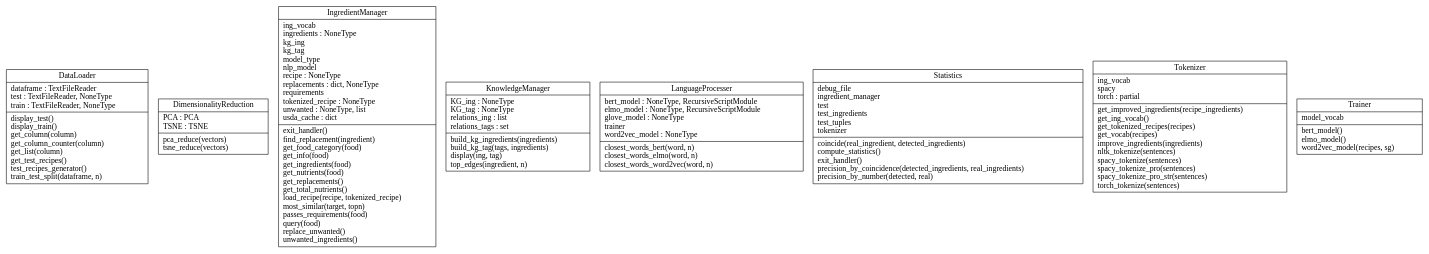
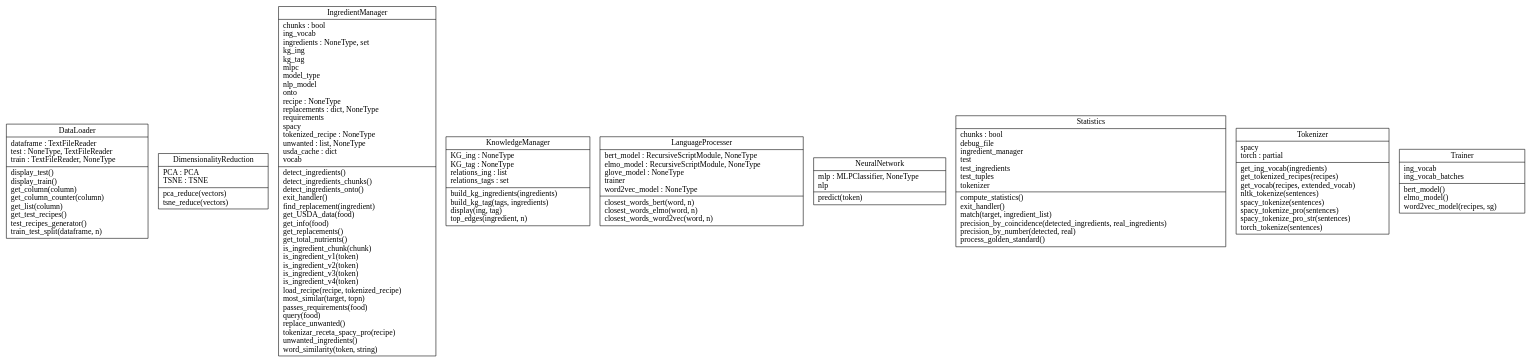
The diagram in classes.dot (AlbertoSierraLopez/TFGDietDecomposition), drawn with Graphviz before and after one commit. The commit also changed 1 other file, not shown here.

Commit message:
Nuevo diagrama de clases

```diff
--- a/classes.dot
+++ b/classes.dot
@@ -1,12 +1,13 @@
 digraph "classes" {
 rankdir=BT
 charset="utf-8"
-"src.data_loader.DataLoader" [color="black", fontcolor="black", label="{DataLoader|dataframe : TextFileReader\ltest : TextFileReader, NoneType\ltrain : TextFileReader, NoneType\l|display_test()\ldisplay_train()\lget_column(column)\lget_column_counter(column)\lget_list(column)\lget_test_recipes()\ltest_recipes_generator()\ltrain_test_split(dataframe, n)\l}", shape="record", style="solid"];
+"src.data_loader.DataLoader" [color="black", fontcolor="black", label="{DataLoader|dataframe : TextFileReader\ltest : NoneType, TextFileReader\ltrain : TextFileReader, NoneType\l|display_test()\ldisplay_train()\lget_column(column)\lget_column_counter(column)\lget_list(column)\lget_test_recipes()\ltest_recipes_generator()\ltrain_test_split(dataframe, n)\l}", shape="record", style="solid"];
 "src.dimensionality_reduction.DimensionalityReduction" [color="black", fontcolor="black", label="{DimensionalityReduction|PCA : PCA\lTSNE : TSNE\l|pca_reduce(vectors)\ltsne_reduce(vectors)\l}", shape="record", style="solid"];
-"src.ingredient_manager.IngredientManager" [color="black", fontcolor="black", label="{IngredientManager|ing_vocab\lingredients : NoneType\lkg_ing\lkg_tag\lmodel_type\lnlp_model\lrecipe : NoneType\lreplacements : dict, NoneType\lrequirements\ltokenized_recipe : NoneType\lunwanted : NoneType, list\lusda_cache : dict\l|exit_handler()\lfind_replacement(ingredient)\lget_food_category(food)\lget_info(food)\lget_ingredients(food)\lget_nutrients(food)\lget_replacements()\lget_total_nutrients()\lload_recipe(recipe, tokenized_recipe)\lmost_similar(target, topn)\lpasses_requirements(food)\lquery(food)\lreplace_unwanted()\lunwanted_ingredients()\l}", shape="record", style="solid"];
+"src.ingredient_manager.IngredientManager" [color="black", fontcolor="black", label="{IngredientManager|chunks : bool\ling_vocab\lingredients : NoneType, set\lkg_ing\lkg_tag\lmlpc\lmodel_type\lnlp_model\lonto\lrecipe : NoneType\lreplacements : dict, NoneType\lrequirements\lspacy\ltokenized_recipe : NoneType\lunwanted : list, NoneType\lusda_cache : dict\lvocab\l|detect_ingredients()\ldetect_ingredients_chunks()\ldetect_ingredients_onto()\lexit_handler()\lfind_replacement(ingredient)\lget_USDA_data(food)\lget_info(food)\lget_replacements()\lget_total_nutrients()\lis_ingredient_chunk(chunk)\lis_ingredient_v1(token)\lis_ingredient_v2(token)\lis_ingredient_v3(token)\lis_ingredient_v4(token)\lload_recipe(recipe, tokenized_recipe)\lmost_similar(target, topn)\lpasses_requirements(food)\lquery(food)\lreplace_unwanted()\ltokenizar_receta_spacy_pro(recipe)\lunwanted_ingredients()\lword_similarity(token, string)\l}", shape="record", style="solid"];
 "src.knowledge_manager.KnowledgeManager" [color="black", fontcolor="black", label="{KnowledgeManager|KG_ing : NoneType\lKG_tag : NoneType\lrelations_ing : list\lrelations_tags : set\l|build_kg_ingredients(ingredients)\lbuild_kg_tag(tags, ingredients)\ldisplay(ing, tag)\ltop_edges(ingredient, n)\l}", shape="record", style="solid"];
-"src.language_processer.LanguageProcesser" [color="black", fontcolor="black", label="{LanguageProcesser|bert_model : NoneType, RecursiveScriptModule\lelmo_model : NoneType, RecursiveScriptModule\lglove_model : NoneType\ltrainer\lword2vec_model : NoneType\l|closest_words_bert(word, n)\lclosest_words_elmo(word, n)\lclosest_words_word2vec(word, n)\l}", shape="record", style="solid"];
-"src.statistics.Statistics" [color="black", fontcolor="black", label="{Statistics|debug_file\lingredient_manager\ltest\ltest_ingredients\ltest_tuples\ltokenizer\l|coincide(real_ingredient, detected_ingredients)\lcompute_statistics()\lexit_handler()\lprecision_by_coincidence(detected_ingredients, real_ingredients)\lprecision_by_number(detected, real)\l}", shape="record", style="solid"];
-"src.tokenizer.Tokenizer" [color="black", fontcolor="black", label="{Tokenizer|ing_vocab\lspacy\ltorch : partial\l|get_improved_ingredients(recipe_ingredients)\lget_ing_vocab()\lget_tokenized_recipes(recipes)\lget_vocab(recipes)\limprove_ingredients(ingredients)\lnltk_tokenize(sentences)\lspacy_tokenize(sentences)\lspacy_tokenize_pro(sentences)\lspacy_tokenize_pro_str(sentences)\ltorch_tokenize(sentences)\l}", shape="record", style="solid"];
-"src.trainer.Trainer" [color="black", fontcolor="black", label="{Trainer|model_vocab\l|bert_model()\lelmo_model()\lword2vec_model(recipes, sg)\l}", shape="record", style="solid"];
+"src.language_processer.LanguageProcesser" [color="black", fontcolor="black", label="{LanguageProcesser|bert_model : RecursiveScriptModule, NoneType\lelmo_model : RecursiveScriptModule, NoneType\lglove_model : NoneType\ltrainer\lword2vec_model : NoneType\l|closest_words_bert(word, n)\lclosest_words_elmo(word, n)\lclosest_words_word2vec(word, n)\l}", shape="record", style="solid"];
+"src.neural_network.NeuralNetwork" [color="black", fontcolor="black", label="{NeuralNetwork|mlp : MLPClassifier, NoneType\lnlp\l|predict(token)\l}", shape="record", style="solid"];
+"src.statistics.Statistics" [color="black", fontcolor="black", label="{Statistics|chunks : bool\ldebug_file\lingredient_manager\ltest\ltest_ingredients\ltest_tuples\ltokenizer\l|compute_statistics()\lexit_handler()\lmatch(target, ingredient_list)\lprecision_by_coincidence(detected_ingredients, real_ingredients)\lprecision_by_number(detected, real)\lprocess_golden_standard()\l}", shape="record", style="solid"];
+"src.tokenizer.Tokenizer" [color="black", fontcolor="black", label="{Tokenizer|spacy\ltorch : partial\l|get_ing_vocab(ingredients)\lget_tokenized_recipes(recipes)\lget_vocab(recipes, extended_vocab)\lnltk_tokenize(sentences)\lspacy_tokenize(sentences)\lspacy_tokenize_pro(sentences)\lspacy_tokenize_pro_str(sentences)\ltorch_tokenize(sentences)\l}", shape="record", style="solid"];
+"src.trainer.Trainer" [color="black", fontcolor="black", label="{Trainer|ing_vocab\ling_vocab_batches\l|bert_model()\lelmo_model()\lword2vec_model(recipes, sg)\l}", shape="record", style="solid"];
 }
```
